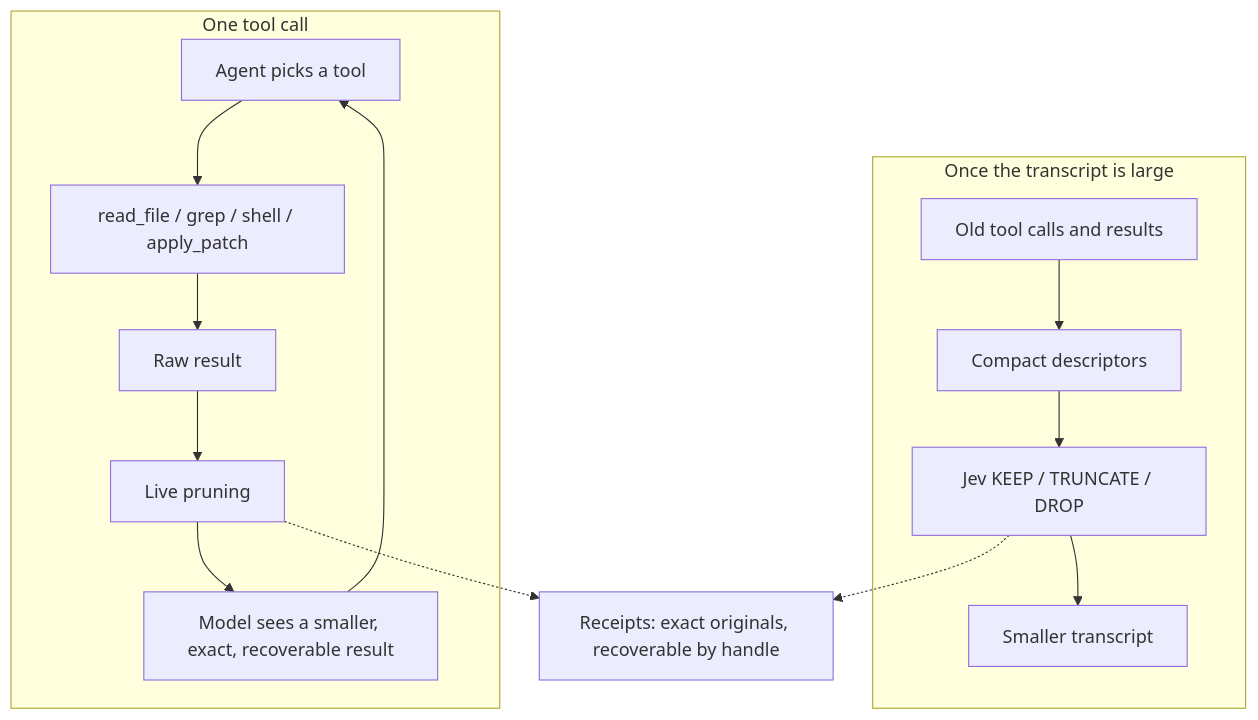
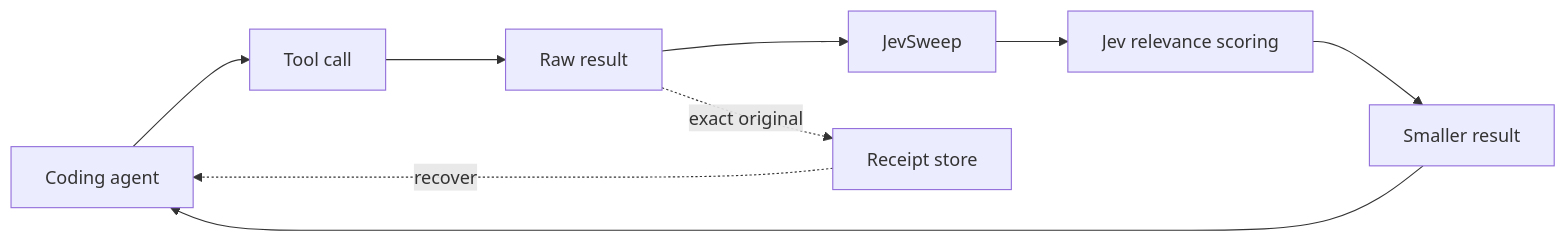
Before and after one commit to EvanGruhlkey/ContextLens: the diagram in README.md, drawn with Mermaid. The commit also changed other lines of this file, not shown here.

````diff
--- a/README.md
+++ b/README.md
@@ -71,17 +51,12 @@
 ```mermaid
-flowchart TB
-  subgraph turn["One tool call"]
-    A["Agent picks a tool"] --> T["read_file / grep / shell / apply_patch"]
-    T --> R["Raw result"]
-    R --> P["Live pruning"]
-    P --> M["Model sees a smaller, exact, recoverable result"]
-    M --> A
-  end
-  subgraph session["Once the transcript is large"]
-    H["Old tool calls and results"] --> D["Compact descriptors"]
-    D --> C["Jev KEEP / TRUNCATE / DROP"]
-    C --> S["Smaller transcript"]
-  end
-  P -.-> K["Receipts: exact originals, recoverable by handle"]
-  C -.-> K
+flowchart LR
+    A["Coding agent"] --> B["Tool call"]
+    B --> C["Raw result"]
+    C --> D["JevSweep"]
+    D --> E["Jev relevance scoring"]
+    E --> F["Smaller result"]
+    F --> A
+
+    C -. exact original .-> R["Receipt store"]
+    R -. recover .-> A
 ```
````
